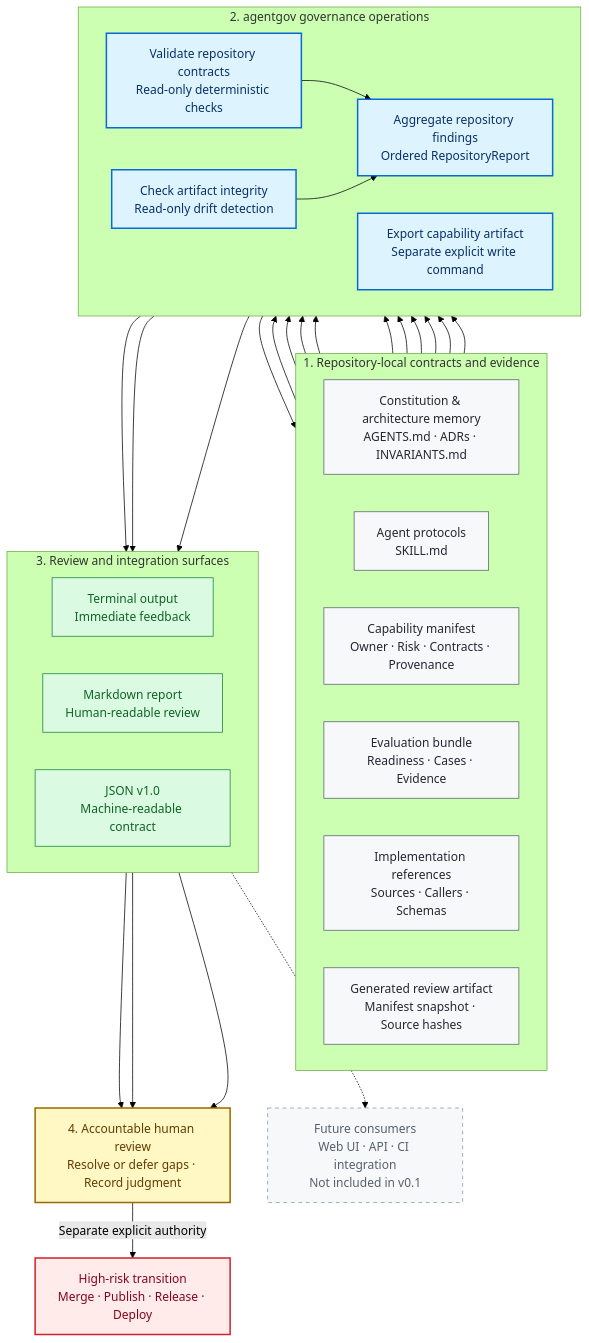
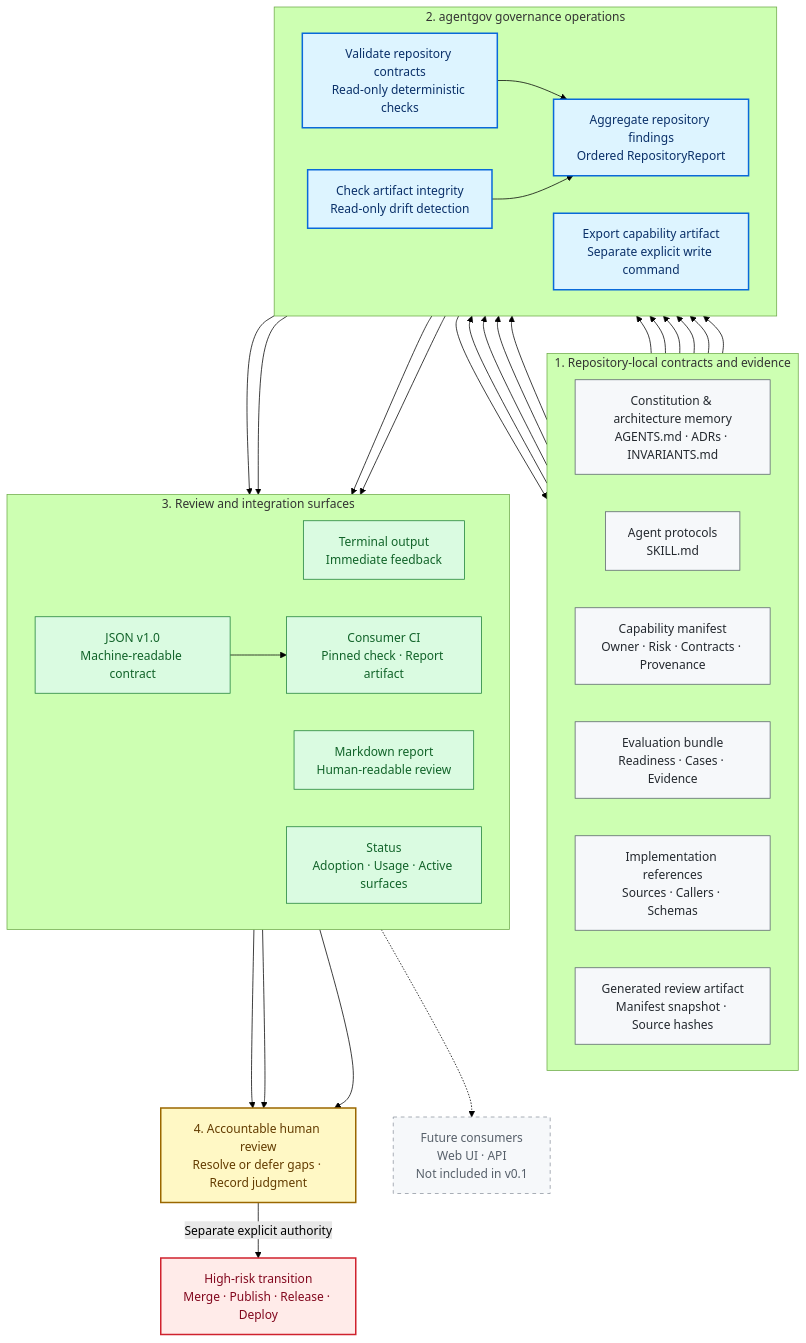
One commit to Andy-JunXiong/agent-governance-starter changed the second of 2 diagrams in README.md. Above: the diagram before and after it, drawn with Mermaid (forest theme). The commit also changed other lines of this file and 44 other files, not shown here.

````diff
--- a/README.md
+++ b/README.md
@@ -204,73 +270,77 @@
 ```mermaid
 flowchart TB
     subgraph REPO["1. Repository-local contracts and evidence"]
         direction LR
         CONSTITUTION["Constitution & architecture memory<br/>AGENTS.md · ADRs · INVARIANTS.md"]
         PROTOCOLS["Agent protocols<br/>SKILL.md"]
         CAPABILITY["Capability manifest<br/>Owner · Risk · Contracts · Provenance"]
         EVALUATION["Evaluation bundle<br/>Readiness · Cases · Evidence"]
         SOURCES["Implementation references<br/>Sources · Callers · Schemas"]
         ARTIFACT["Generated review artifact<br/>Manifest snapshot · Source hashes"]
     end
 
     subgraph CORE["2. agentgov governance operations"]
         direction LR
         VALIDATE["Validate repository contracts<br/>Read-only deterministic checks"]
         EXPORT["Export capability artifact<br/>Separate explicit write command"]
         DRIFT["Check artifact integrity<br/>Read-only drift detection"]
         FINDINGS["Aggregate repository findings<br/>Ordered RepositoryReport"]
     end
 
     subgraph SURFACES["3. Review and integration surfaces"]
         direction LR
         TERMINAL["Terminal output<br/>Immediate feedback"]
         MARKDOWN["Markdown report<br/>Human-readable review"]
         JSON["JSON v1.0<br/>Machine-readable contract"]
+        STATUS_SURFACE["Status<br/>Adoption · Usage · Active surfaces"]
+        CONSUMER_CI["Consumer CI<br/>Pinned check · Report artifact"]
     end
 
     HUMAN["4. Accountable human review<br/>Resolve or defer gaps · Record judgment"]
     TRANSITION["High-risk transition<br/>Merge · Publish · Release · Deploy"]
-    FUTURE["Future consumers<br/>Web UI · API · CI integration<br/>Not included in v0.1"]
+    FUTURE["Future consumers<br/>Web UI · API<br/>Not included in v0.1"]
 
     CONSTITUTION --> VALIDATE
     PROTOCOLS --> VALIDATE
     CAPABILITY --> VALIDATE
     EVALUATION --> VALIDATE
     SOURCES --> VALIDATE
 
     CAPABILITY --> EXPORT
     SOURCES --> EXPORT
     EXPORT --> ARTIFACT
 
     ARTIFACT --> DRIFT
     CAPABILITY --> DRIFT
     SOURCES --> DRIFT
 
     VALIDATE --> FINDINGS
     DRIFT --> FINDINGS
 
     FINDINGS --> TERMINAL
     FINDINGS --> MARKDOWN
     FINDINGS --> JSON
+    FINDINGS --> STATUS_SURFACE
+    JSON --> CONSUMER_CI
 
     TERMINAL --> HUMAN
     MARKDOWN --> HUMAN
     JSON --> HUMAN
     JSON -.-> FUTURE
 
     HUMAN -->|"Separate explicit authority"| TRANSITION
 
     classDef repo fill:#f6f8fa,stroke:#57606a,color:#24292f,stroke-width:1px;
     classDef core fill:#ddf4ff,stroke:#0969da,color:#0a3069,stroke-width:2px;
     classDef surface fill:#dafbe1,stroke:#1a7f37,color:#116329,stroke-width:1px;
     classDef human fill:#fff8c5,stroke:#9a6700,color:#633c01,stroke-width:2px;
     classDef external fill:#ffebe9,stroke:#cf222e,color:#82071e,stroke-width:2px;
     classDef future fill:#f6f8fa,stroke:#8c959f,color:#57606a,stroke-dasharray:5 5;
 
     class CONSTITUTION,PROTOCOLS,CAPABILITY,EVALUATION,SOURCES,ARTIFACT repo;
     class VALIDATE,EXPORT,DRIFT,FINDINGS core;
-    class TERMINAL,MARKDOWN,JSON surface;
+    class TERMINAL,MARKDOWN,JSON,STATUS_SURFACE,CONSUMER_CI surface;
     class HUMAN human;
     class TRANSITION external;
     class FUTURE future;
 ```
````
